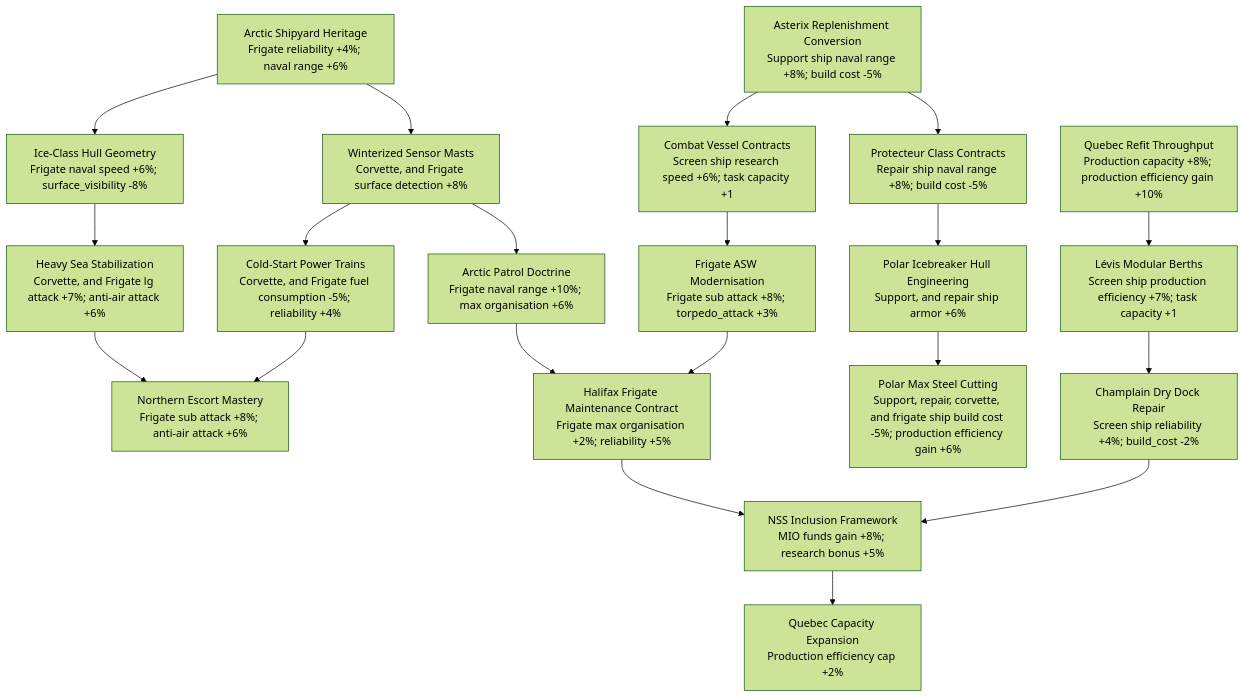
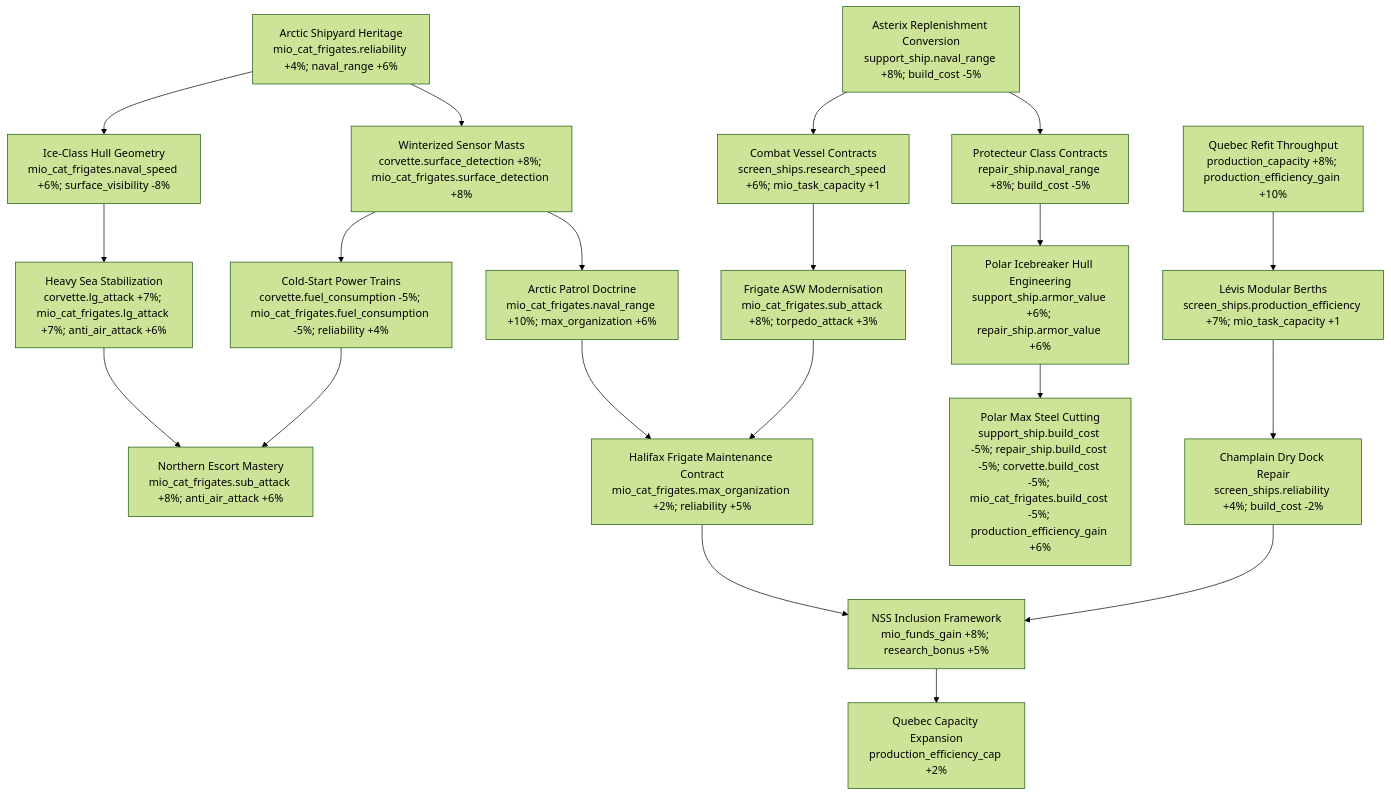
The sixth of 9 diagrams in docs/countries/canada/mio.md (MillenniumDawn/Millennium-Dawn), drawn with Mermaid (forest theme) before and after one commit. The commit also changed other lines of this file, not shown here.

Commit message:
MIO cleanup

````diff
--- a/docs/countries/canada/mio.md
+++ b/docs/countries/canada/mio.md
@@ -247,49 +245,49 @@
 ```mermaid
 flowchart TD
     %% Arctic escort capability branch
-    D0["Arctic Shipyard Heritage<br/>Frigate reliability +4%; naval range +6%"]
-    D1["Ice-Class Hull Geometry<br/>Frigate naval speed +6%; surface_visibility -8%"]
-    D2["Winterized Sensor Masts<br/>Corvette, and Frigate surface detection +8%"]
-    D3["Heavy Sea Stabilization<br/>Corvette, and Frigate lg attack +7%; anti-air attack +6%"]
-    D4["Cold-Start Power Trains<br/>Corvette, and Frigate fuel consumption -5%; reliability +4%"]
-    D6["Arctic Patrol Doctrine<br/>Frigate naval range +10%; max organisation +6%"]
-    D7["Northern Escort Mastery<br/>Frigate sub attack +8%; anti-air attack +6%"]
+    D0["Arctic Shipyard Heritage<br/>mio_cat_frigates.reliability +4%; naval_range +6%"]
+    D1["Ice-Class Hull Geometry<br/>mio_cat_frigates.naval_speed +6%; surface_visibility -8%"]
+    D2["Winterized Sensor Masts<br/>corvette.surface_detection +8%; mio_cat_frigates.surface_detection +8%"]
+    D3["Heavy Sea Stabilization<br/>corvette.lg_attack +7%; mio_cat_frigates.lg_attack +7%; anti_air_attack +6%"]
+    D4["Cold-Start Power Trains<br/>corvette.fuel_consumption -5%; mio_cat_frigates.fuel_consumption -5%; reliability +4%"]
+    D6["Arctic Patrol Doctrine<br/>mio_cat_frigates.naval_range +10%; max_organization +6%"]
+    D7["Northern Escort Mastery<br/>mio_cat_frigates.sub_attack +8%; anti_air_attack +6%"]
 
     %% Program/contracts branch
-    D8["Asterix Replenishment Conversion<br/>Support ship naval range +8%; build cost -5%"]
-    D9["Combat Vessel Contracts<br/>Screen ship research speed +6%; task capacity +1"]
-    D10["Frigate ASW Modernisation<br/>Frigate sub attack +8%; torpedo_attack +3%"]
-    D11["Protecteur Class Contracts<br/>Repair ship naval range +8%; build cost -5%"]
-    D14["Halifax Frigate Maintenance Contract<br/>Frigate max organisation +2%; reliability +5%"]
-    D15["Polar Icebreaker Hull Engineering<br/>Support, and repair ship armor +6%"]
-    D18["Polar Max Steel Cutting<br/>Support, repair, corvette, and frigate ship build cost -5%; production efficiency gain +6%"]
+    D8["Asterix Replenishment Conversion<br/>support_ship.naval_range +8%; build_cost -5%"]
+    D9["Combat Vessel Contracts<br/>screen_ships.research_speed +6%; mio_task_capacity +1"]
+    D10["Frigate ASW Modernisation<br/>mio_cat_frigates.sub_attack +8%; torpedo_attack +3%"]
+    D11["Protecteur Class Contracts<br/>repair_ship.naval_range +8%; build_cost -5%"]
+    D14["Halifax Frigate Maintenance Contract<br/>mio_cat_frigates.max_organization +2%; reliability +5%"]
+    D15["Polar Icebreaker Hull Engineering<br/>support_ship.armor_value +6%; repair_ship.armor_value +6%"]
+    D18["Polar Max Steel Cutting<br/>support_ship.build_cost -5%; repair_ship.build_cost -5%; corvette.build_cost -5%; mio_cat_frigates.build_cost -5%; production_efficiency_gain +6%"]
 
     %% Industrial yard modernization branch
-    D5["Quebec Refit Throughput<br/>Production capacity +8%; production efficiency gain +10%"]
-    D12["Lévis Modular Berths<br/>Screen ship production efficiency +7%; task capacity +1"]
-    D13["Champlain Dry Dock Repair<br/>Screen ship reliability +4%; build_cost -2%"]
-    D16["NSS Inclusion Framework<br/>MIO funds gain +8%; research bonus +5%"]
-    D17["Quebec Capacity Expansion<br/>Production efficiency cap +2%"]
+    D5["Quebec Refit Throughput<br/>production_capacity +8%; production_efficiency_gain +10%"]
+    D12["Lévis Modular Berths<br/>screen_ships.production_efficiency +7%; mio_task_capacity +1"]
+    D13["Champlain Dry Dock Repair<br/>screen_ships.reliability +4%; build_cost -2%"]
+    D16["NSS Inclusion Framework<br/>mio_funds_gain +8%; research_bonus +5%"]
+    D17["Quebec Capacity Expansion<br/>production_efficiency_cap +2%"]
 
     D0 --> D1
     D0 --> D2
     D1 --> D3
     D2 --> D4
     D2 --> D6
     D3 --> D7
     D4 --> D7
     D6 --> D14
 
     D8 --> D9
     D8 --> D11
     D11 --> D15
     D15 --> D18
     D9 --> D10
     D10 --> D14
 
     D5 --> D12
     D12 --> D13
     D13 --> D16
     D14 --> D16
     D16 --> D17
 ```
````
